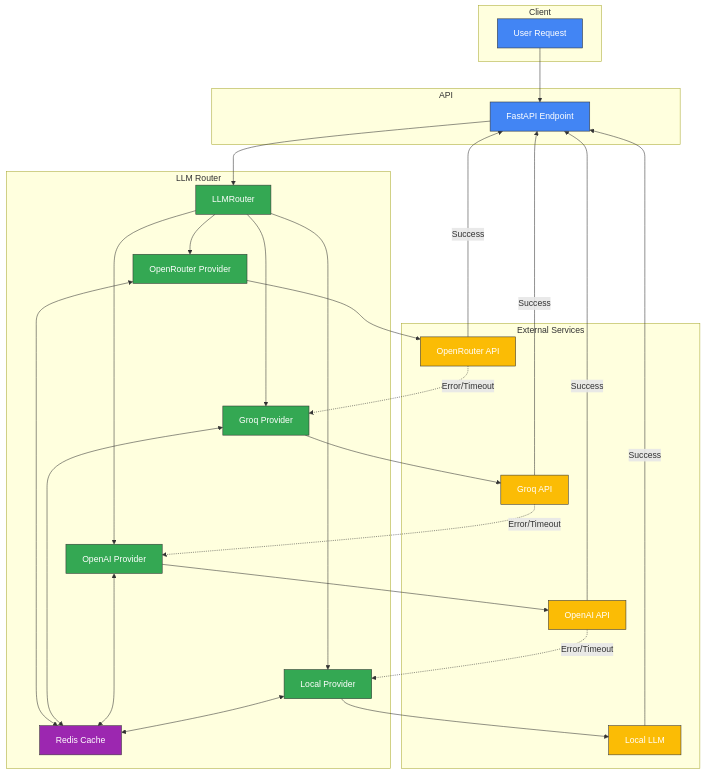
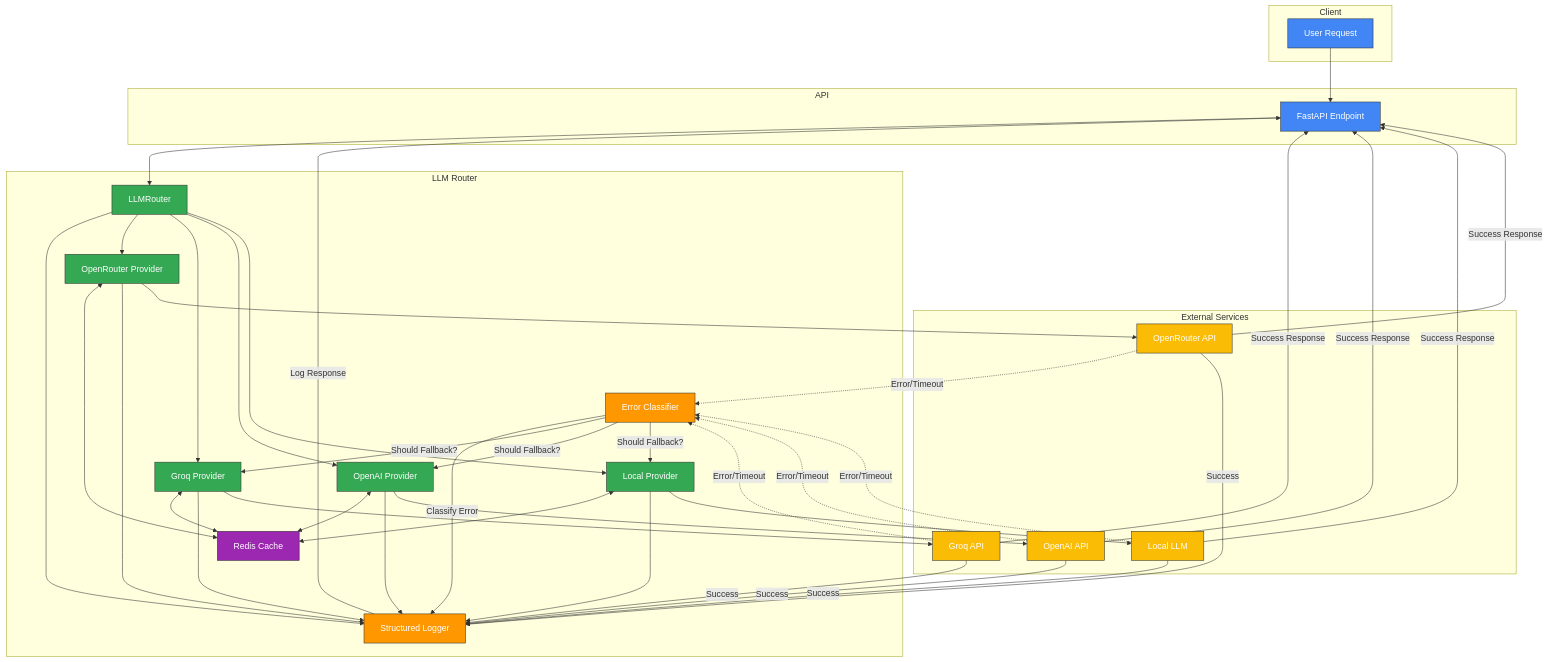
One commit to aemreusta/rag-api-for-docs changed the diagram in docs/diagrams/llm_router_flow.mmd. Above: the diagram before and after it, drawn with Mermaid. The commit also changed 4 other files, not shown here.

```diff
--- a/docs/diagrams/llm_router_flow.mmd
+++ b/docs/diagrams/llm_router_flow.mmd
@@ -1,62 +1,85 @@
 flowchart TD
     subgraph Client
         A[User Request]
     end
     
     subgraph API
         B[FastAPI Endpoint]
     end
     
     subgraph "LLM Router"
         C[LLMRouter]
         D1[OpenRouter Provider]
         D2[Groq Provider]
         D3[OpenAI Provider]
         D4[Local Provider]
         E[Redis Cache]
+        L[Structured Logger]
+        EC[Error Classifier]
     end
     
     subgraph "External Services"
         F1[OpenRouter API]
         F2[Groq API]
         F3[OpenAI API]
         F4[Local LLM]
     end
     
     A --> B
     B --> C
     
+    C --> L
     C --> D1
     C --> D2
     C --> D3
     C --> D4
     
     D1 <--> E
     D2 <--> E
     D3 <--> E
     D4 <--> E
     
+    D1 --> L
+    D2 --> L
+    D3 --> L
+    D4 --> L
+    
     D1 --> F1
     D2 --> F2
     D3 --> F3
     D4 --> F4
     
-    F1 -.-> |Error/Timeout| D2
-    F2 -.-> |Error/Timeout| D3
-    F3 -.-> |Error/Timeout| D4
+    F1 -.-> |Error/Timeout| EC
+    F2 -.-> |Error/Timeout| EC
+    F3 -.-> |Error/Timeout| EC
+    F4 -.-> |Error/Timeout| EC
     
-    F1 --> |Success| B
-    F2 --> |Success| B
-    F3 --> |Success| B
-    F4 --> |Success| B
+    EC --> |Classify Error| L
+    EC --> |Should Fallback?| D2
+    EC --> |Should Fallback?| D3
+    EC --> |Should Fallback?| D4
+    
+    F1 --> |Success| L
+    F2 --> |Success| L
+    F3 --> |Success| L
+    F4 --> |Success| L
+    
+    L --> |Log Response| B
+    
+    F1 --> |Success Response| B
+    F2 --> |Success Response| B
+    F3 --> |Success Response| B
+    F4 --> |Success Response| B
     
     classDef primary fill:#4285F4,stroke:#333,stroke-width:1px,color:white;
     classDef secondary fill:#34A853,stroke:#333,stroke-width:1px,color:white;
     classDef tertiary fill:#FBBC05,stroke:#333,stroke-width:1px,color:white;
     classDef quaternary fill:#EA4335,stroke:#333,stroke-width:1px,color:white;
     classDef cache fill:#9C27B0,stroke:#333,stroke-width:1px,color:white;
+    classDef logging fill:#FF9800,stroke:#333,stroke-width:1px,color:white;
     
     class A,B primary;
     class C,D1,D2,D3,D4 secondary;
     class F1,F2,F3,F4 tertiary;
-    class E cache; 
+    class E cache;
+    class L,EC logging; 
```
